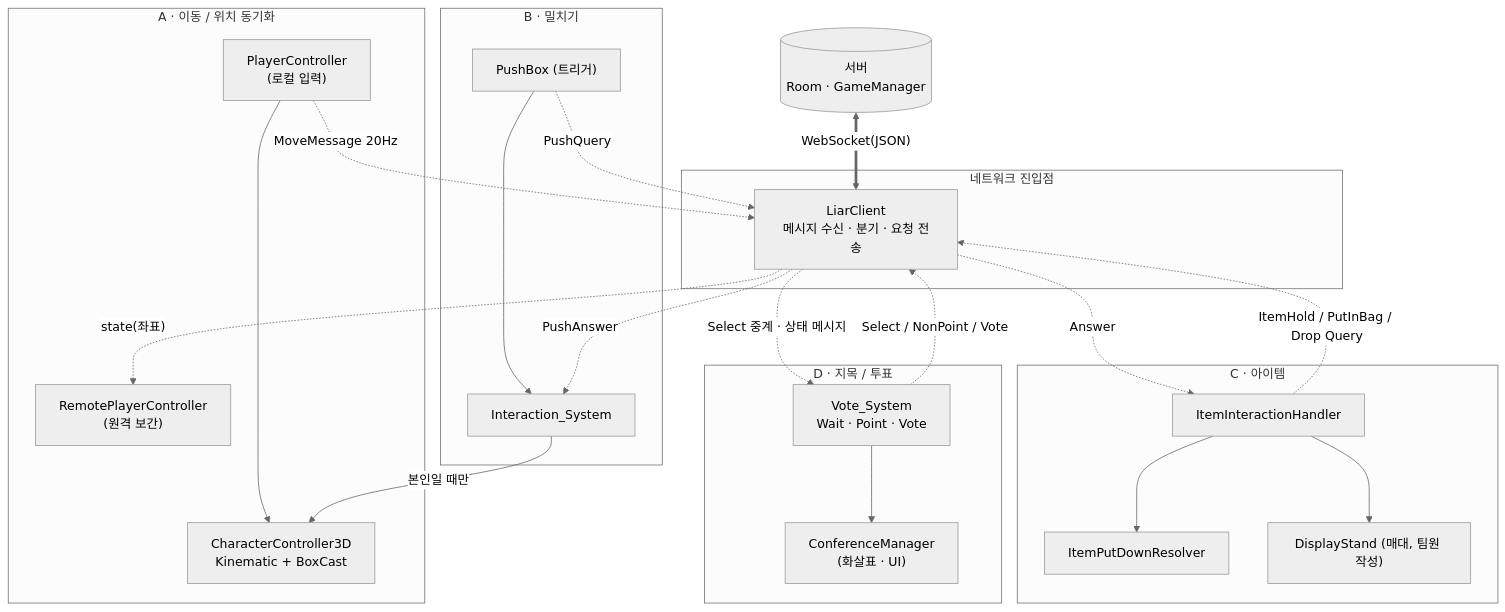
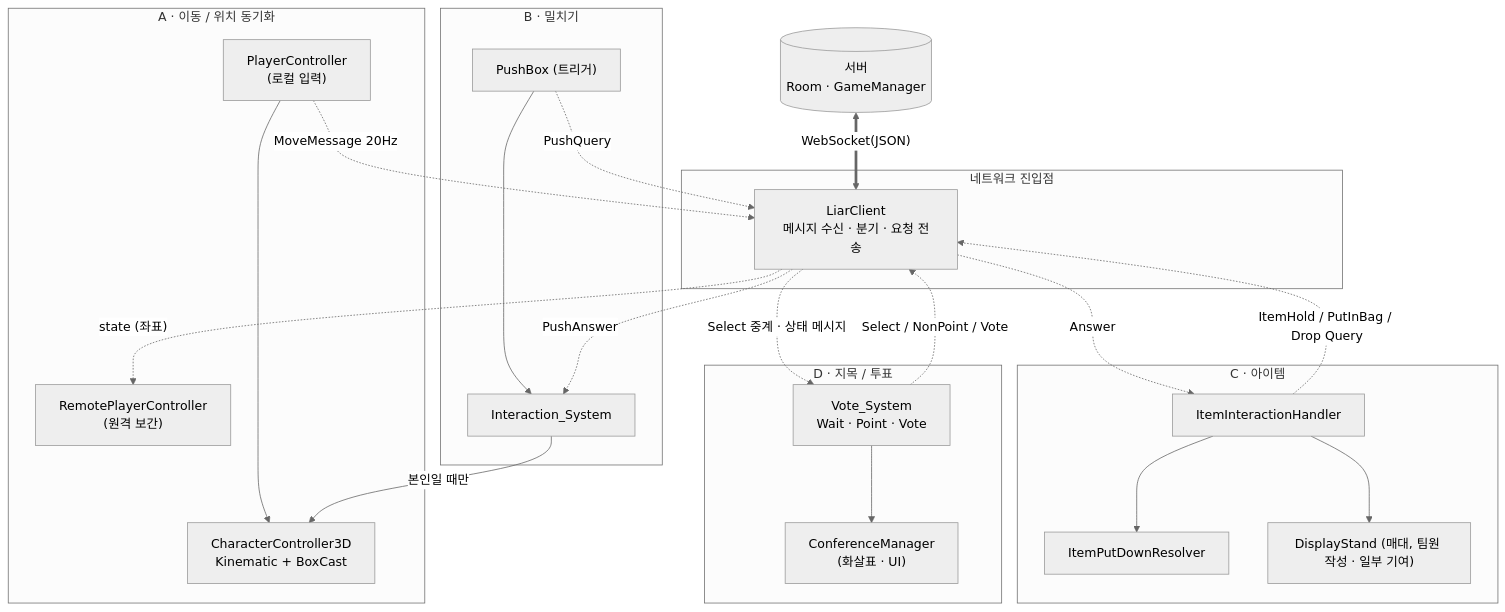
One commit to NaJungWon/portfolio changed the first of 6 diagrams in src/01-market-liar/기술문서.md. Above: the diagram before and after it, drawn with Mermaid (neutral theme). The commit also changed other lines of this file and 10 other files, not shown here.

````diff
--- a/src/01-market-liar/기술문서.md
+++ b/src/01-market-liar/기술문서.md
@@ -72,37 +67,37 @@
 ```mermaid
 flowchart TB
     SV[("서버<br/>Room · GameManager")]
 
     subgraph NET["네트워크 진입점"]
         LC["LiarClient<br/>메시지 수신 · 분기 · 요청 전송"]
     end
 
     subgraph A["A · 이동 / 위치 동기화"]
         PC["PlayerController<br/>(로컬 입력)"] --> CC["CharacterController3D<br/>Kinematic + BoxCast"]
         RPC["RemotePlayerController<br/>(원격 보간)"]
     end
 
     subgraph B["B · 밀치기"]
         PB["PushBox (트리거)"] --> IS["Interaction_System"]
     end
 
     subgraph C["C · 아이템"]
         IIH["ItemInteractionHandler"] --> RES["ItemPutDownResolver"]
-        IIH --> DS["DisplayStand (매대, 팀원 작성)"]
+        IIH --> DS["DisplayStand (매대, 팀원 작성 · 일부 기여)"]
     end
 
     subgraph D["D · 지목 / 투표"]
         VS["Vote_System<br/>Wait · Point · Vote"] --> CM["ConferenceManager<br/>(화살표 · UI)"]
     end
 
     SV <==>|"WebSocket(JSON)"| LC
-    PC -.MoveMessage 20Hz.-> LC
-    LC -.state(좌표).-> RPC
-    PB -.PushQuery.-> LC
-    LC -.PushAnswer.-> IS
+    PC -.->|"MoveMessage 20Hz"| LC
+    LC -.->|"state (좌표)"| RPC
+    PB -.->|"PushQuery"| LC
+    LC -.->|"PushAnswer"| IS
     IS -->|본인일 때만| CC
-    IIH -.ItemHold / PutInBag / Drop Query.-> LC
-    LC -.Answer.-> IIH
-    VS -.Select / NonPoint / Vote.-> LC
-    LC -.Select 중계 · 상태 메시지.-> VS
+    IIH -.->|"ItemHold / PutInBag / Drop Query"| LC
+    LC -.->|"Answer"| IIH
+    VS -.->|"Select / NonPoint / Vote"| LC
+    LC -.->|"Select 중계 · 상태 메시지"| VS
 ```
````
